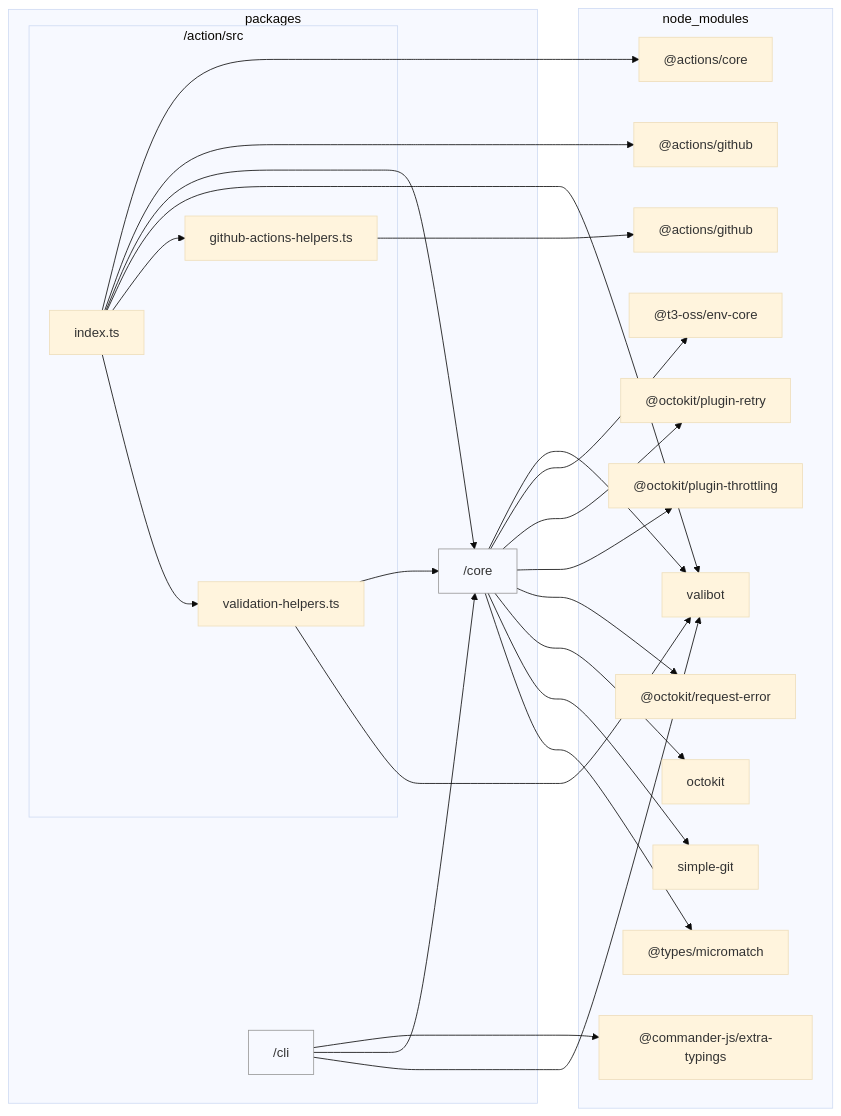
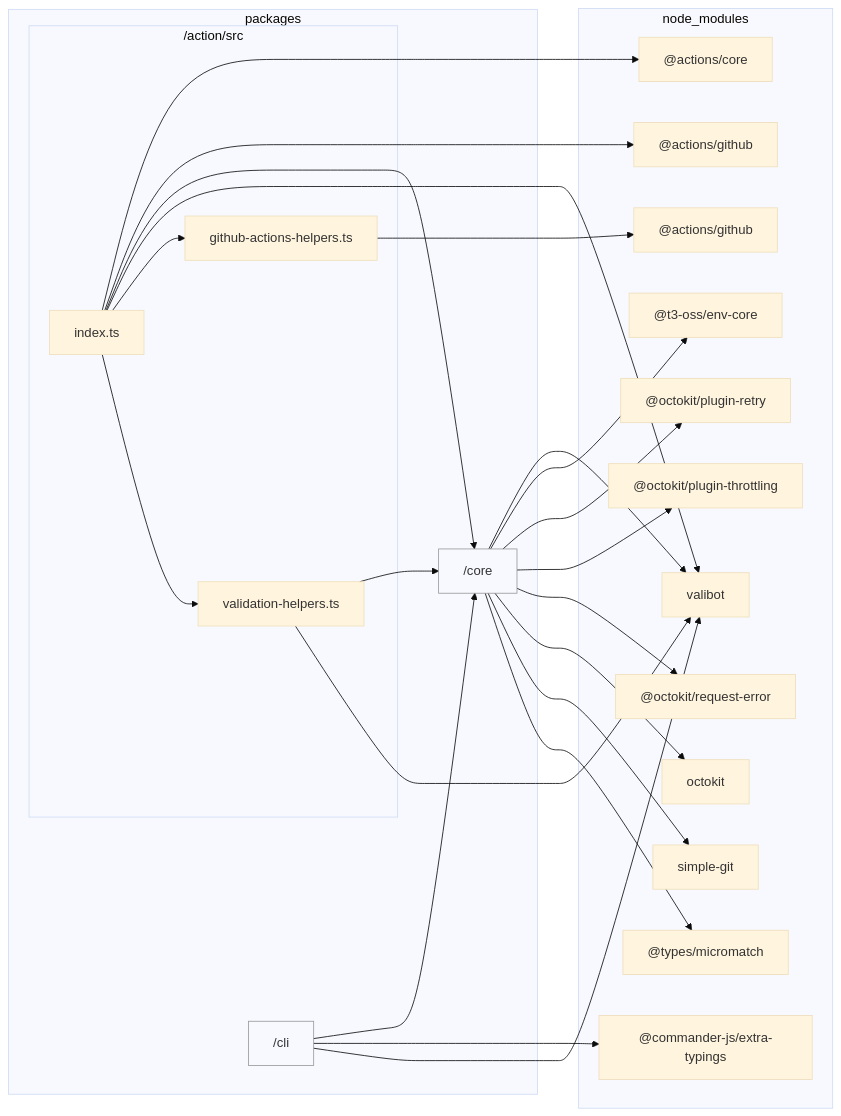
Before and after one commit to sugurutakahashi-1234/issue-linker: the diagram in docs/reports/dependencies/action.md, drawn with Mermaid (base theme). The commit also changed other lines of this file and 9 other files, not shown here.

````diff
--- a/docs/reports/dependencies/action.md
+++ b/docs/reports/dependencies/action.md
@@ -7,47 +7,47 @@
 ```mermaid
 flowchart LR
     classDef dir fill:#0000,stroke:#999
     subgraph packages["packages"]
         packages/core["/core"]:::dir
         packages/cli["/cli"]:::dir
         subgraph packages/action/src["/action/src"]
             packages/action/src/github//actions//helpers.ts["github-actions-helpers.ts"]
             packages/action/src/validation//helpers.ts["validation-helpers.ts"]
             packages/action/src/index.ts["index.ts"]
         end
     end
     subgraph node//modules["node_modules"]
         node//modules///actions/github/lib/context.d.ts["@actions/github"]
         node//modules/valibot/dist/index.d.cts["valibot"]
         node//modules///actions/core/lib/core.d.ts["@actions/core"]
         node//modules///actions/github/lib/github.d.ts["@actions/github"]
         node//modules///commander//js/extra//typings/index.d.ts["@commander-js/extra-typings"]
         node//modules///t3//oss/env//core/dist/index.d.ts["@t3-oss/env-core"]
         node//modules///octokit/plugin//retry/dist//types/index.d.ts["@octokit/plugin-retry"]
         node//modules///octokit/plugin//throttling/dist//types/index.d.ts["@octokit/plugin-throttling"]
         node//modules///octokit/request//error/dist//types/index.d.ts["@octokit/request-error"]
         node//modules/octokit/dist//types/index.d.ts["octokit"]
         node//modules/simple//git/dist/typings/index.d.ts["simple-git"]
         node//modules///types/micromatch/index.d.ts["@types/micromatch"]
     end
     packages/action/src/github//actions//helpers.ts-->node//modules///actions/github/lib/context.d.ts
     packages/core-->node//modules/valibot/dist/index.d.cts
     packages/action/src/validation//helpers.ts-->packages/core
     packages/action/src/validation//helpers.ts-->node//modules/valibot/dist/index.d.cts
     packages/action/src/index.ts-->node//modules///actions/core/lib/core.d.ts
     packages/action/src/index.ts-->node//modules///actions/github/lib/github.d.ts
     packages/action/src/index.ts-->packages/core
     packages/action/src/index.ts-->node//modules/valibot/dist/index.d.cts
     packages/action/src/index.ts-->packages/action/src/github//actions//helpers.ts
     packages/action/src/index.ts-->packages/action/src/validation//helpers.ts
+    packages/cli-->packages/core
     packages/cli-->node//modules///commander//js/extra//typings/index.d.ts
-    packages/cli-->packages/core
     packages/cli-->node//modules/valibot/dist/index.d.cts
     packages/core-->node//modules///t3//oss/env//core/dist/index.d.ts
     packages/core-->node//modules///octokit/plugin//retry/dist//types/index.d.ts
     packages/core-->node//modules///octokit/plugin//throttling/dist//types/index.d.ts
     packages/core-->node//modules///octokit/request//error/dist//types/index.d.ts
     packages/core-->node//modules/octokit/dist//types/index.d.ts
     packages/core-->node//modules/simple//git/dist/typings/index.d.ts
     packages/core-->node//modules///types/micromatch/index.d.ts
 ```
````
